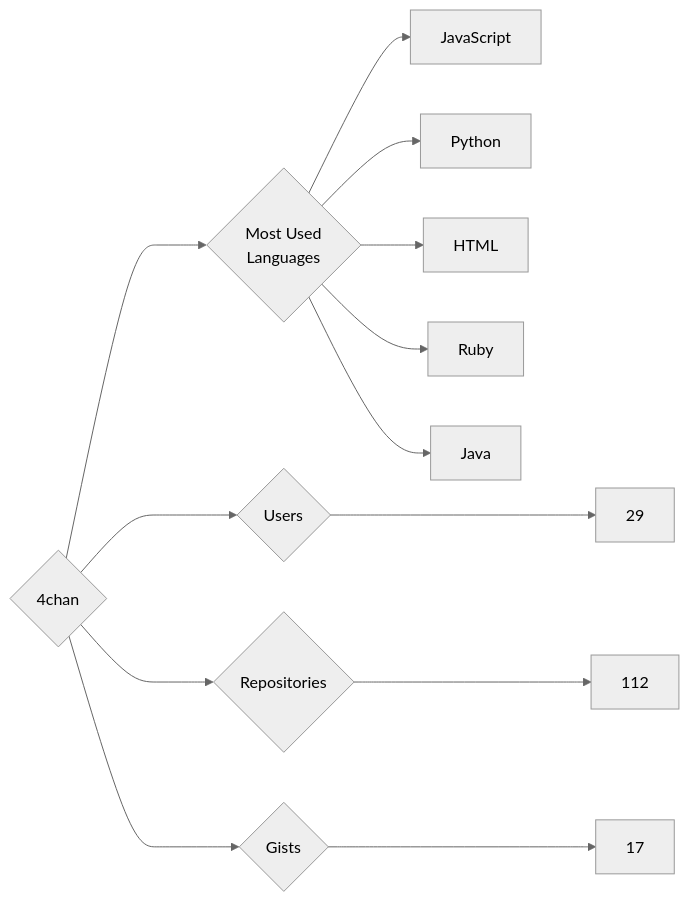
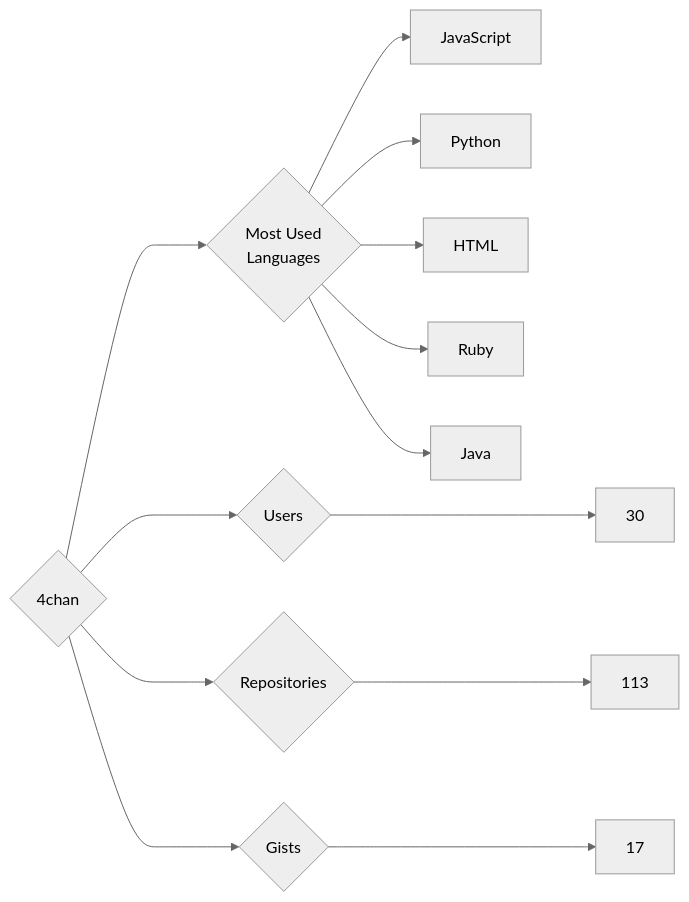
One commit to trickest/insiders changed the diagram in targets/4chan/README.md. Above: the diagram before and after it, drawn with Mermaid (neutral theme). The commit also changed 1084 other files, not shown here.

````diff
--- a/targets/4chan/README.md
+++ b/targets/4chan/README.md
@@ -3,13 +3,13 @@
 ```mermaid
 graph LR
 COMPANY_NAME{4chan}
-COMPANY_NAME ---> U{Users} ---> UN[29]
-COMPANY_NAME ---> R{Repositories} ---> RN[112]
+COMPANY_NAME ---> U{Users} ---> UN[30]
+COMPANY_NAME ---> R{Repositories} ---> RN[113]
 COMPANY_NAME ---> G{Gists} ---> GN[17]
 COMPANY_NAME ---> ML{Most Used<br>Languages}
 ML --> JavaScript[JavaScript]
 ML --> Python[Python]
 ML --> HTML[HTML]
 ML --> Ruby[Ruby]
 ML --> Java[Java]
 ```
````
